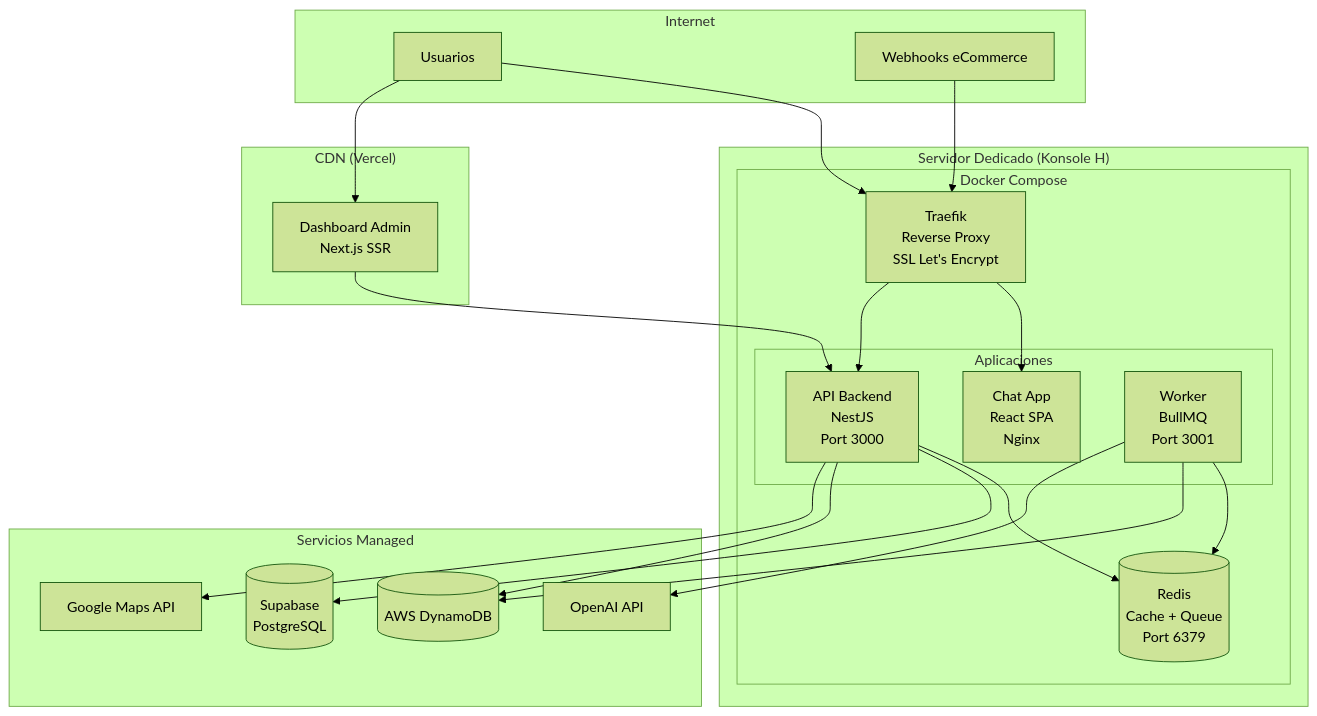
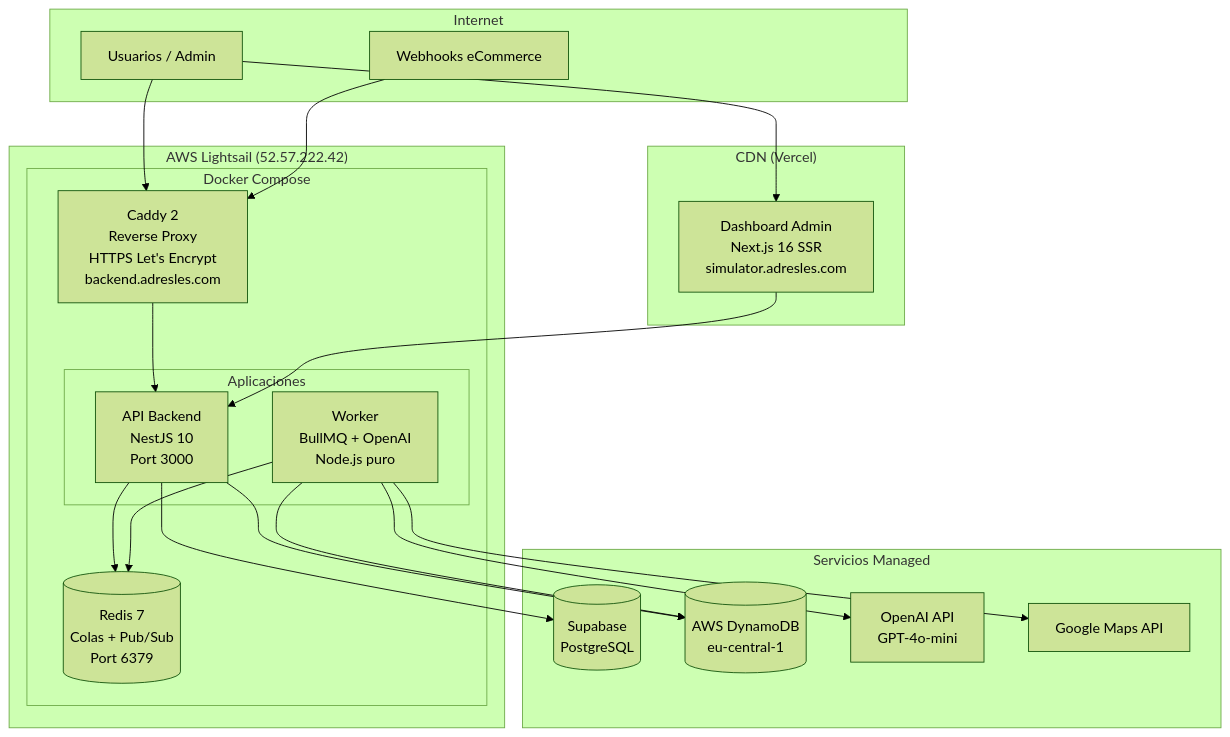
One commit to SValduezaL/AI4Devs-finalproject changed the third of 5 diagrams in readme.md. Above: the diagram before and after it, drawn with Mermaid (forest theme). The commit also changed other lines of this file and 11 other files, not shown here.

````diff
--- a/readme.md
+++ b/readme.md
@@ -803,49 +797,47 @@
 ```mermaid
 flowchart TB
     subgraph "Internet"
-        U[Usuarios]
+        U[Usuarios / Admin]
         WH[Webhooks eCommerce]
     end
 
     subgraph "CDN (Vercel)"
-        FE_ADMIN[Dashboard Admin<br/>Next.js SSR]
+        FE_ADMIN[Dashboard Admin<br/>Next.js 16 SSR<br/>simulator.adresles.com]
     end
 
-    subgraph "Servidor Dedicado (Konsole H)"
+    subgraph "AWS Lightsail (52.57.222.42)"
         subgraph "Docker Compose"
-            TR[Traefik<br/>Reverse Proxy<br/>SSL Let's Encrypt]
+            CD[Caddy 2<br/>Reverse Proxy<br/>HTTPS Let's Encrypt<br/>backend.adresles.com]
 
             subgraph "Aplicaciones"
-                FE_CHAT[Chat App<br/>React SPA<br/>Nginx]
-                API[API Backend<br/>NestJS<br/>Port 3000]
-                WK[Worker<br/>BullMQ<br/>Port 3001]
+                API[API Backend<br/>NestJS 10<br/>Port 3000]
+                WK[Worker<br/>BullMQ + OpenAI<br/>Node.js puro]
             end
 
-            RD[(Redis<br/>Cache + Queue<br/>Port 6379)]
+            RD[(Redis 7<br/>Colas + Pub/Sub<br/>Port 6379)]
         end
     end
 
     subgraph "Servicios Managed"
         SB[(Supabase<br/>PostgreSQL)]
-        DY[(AWS DynamoDB)]
-        OAI[OpenAI API]
+        DY[(AWS DynamoDB<br/>eu-central-1)]
+        OAI[OpenAI API<br/>GPT-4o-mini]
         GM[Google Maps API]
     end
 
-    U --> TR
-    WH --> TR
+    U --> CD
+    WH --> CD
     U --> FE_ADMIN
 
-    TR --> FE_CHAT
-    TR --> API
+    CD --> API
     FE_ADMIN --> API
 
     API --> RD
     WK --> RD
 
     API --> SB
     API --> DY
-    API --> GM
     WK --> DY
     WK --> OAI
+    WK --> GM
 ```
````
